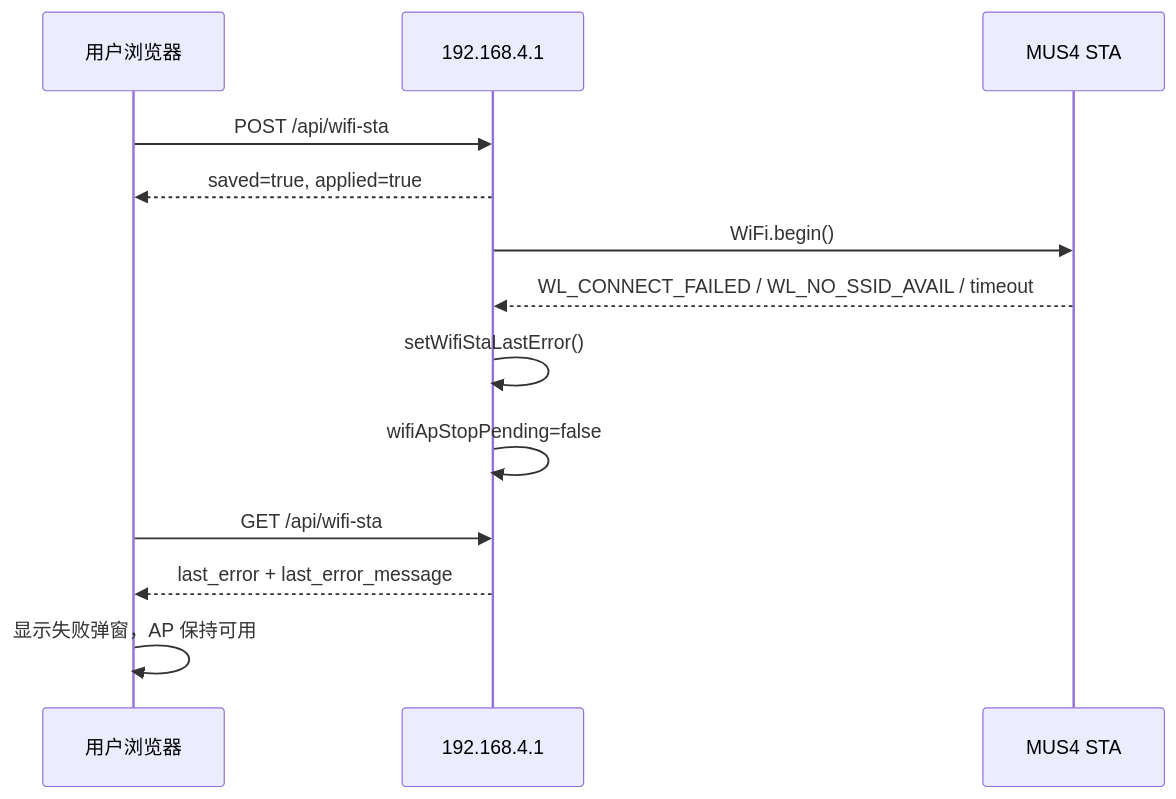
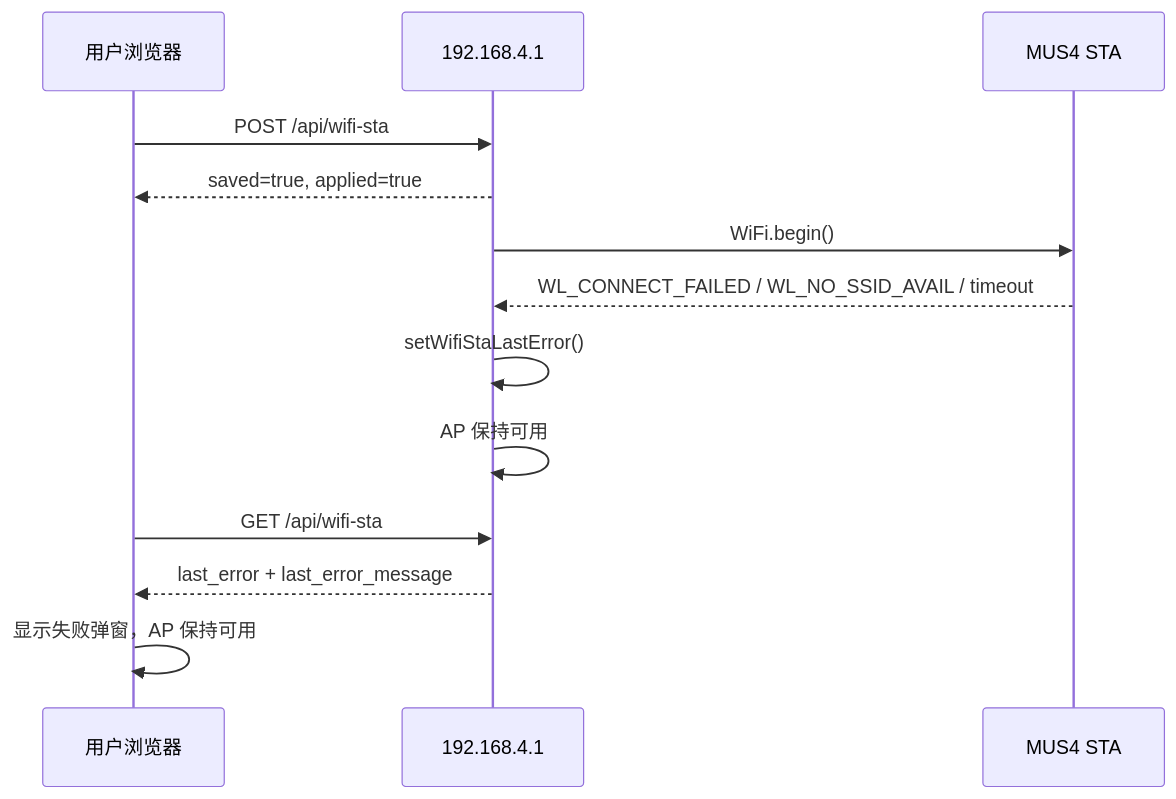
One commit to DonkeyDrift/Firmware changed the fourth of 5 diagrams in Doc/Inspect/wifi-ap-sta-lifecycle-inspection.md. Above: the diagram before and after it, drawn with Mermaid. The commit also changed other lines of this file and 4 other files, not shown here.

````diff
--- a/Doc/Inspect/wifi-ap-sta-lifecycle-inspection.md
+++ b/Doc/Inspect/wifi-ap-sta-lifecycle-inspection.md
@@ -514,16 +492,16 @@
 ```mermaid
 sequenceDiagram
     participant U as 用户浏览器
     participant AP as 192.168.4.1
     participant STA as MUS4 STA
 
     U->>AP: POST /api/wifi-sta
     AP-->>U: saved=true, applied=true
     AP->>STA: WiFi.begin()
     STA-->>AP: WL_CONNECT_FAILED / WL_NO_SSID_AVAIL / timeout
     AP->>AP: setWifiStaLastError()
-    AP->>AP: wifiApStopPending=false
+    AP->>AP: AP 保持可用
     U->>AP: GET /api/wifi-sta
     AP-->>U: last_error + last_error_message
     U->>U: 显示失败弹窗，AP 保持可用
 ```
````
